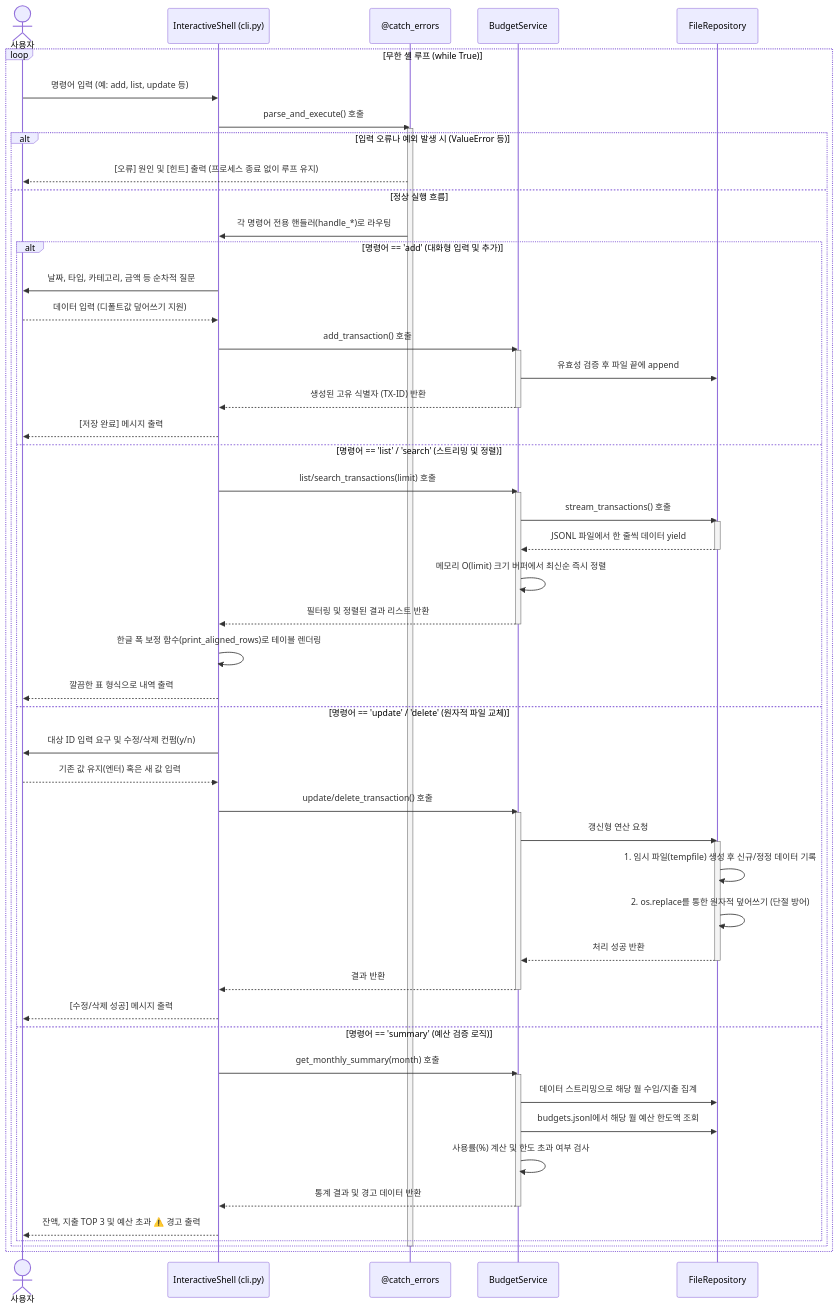
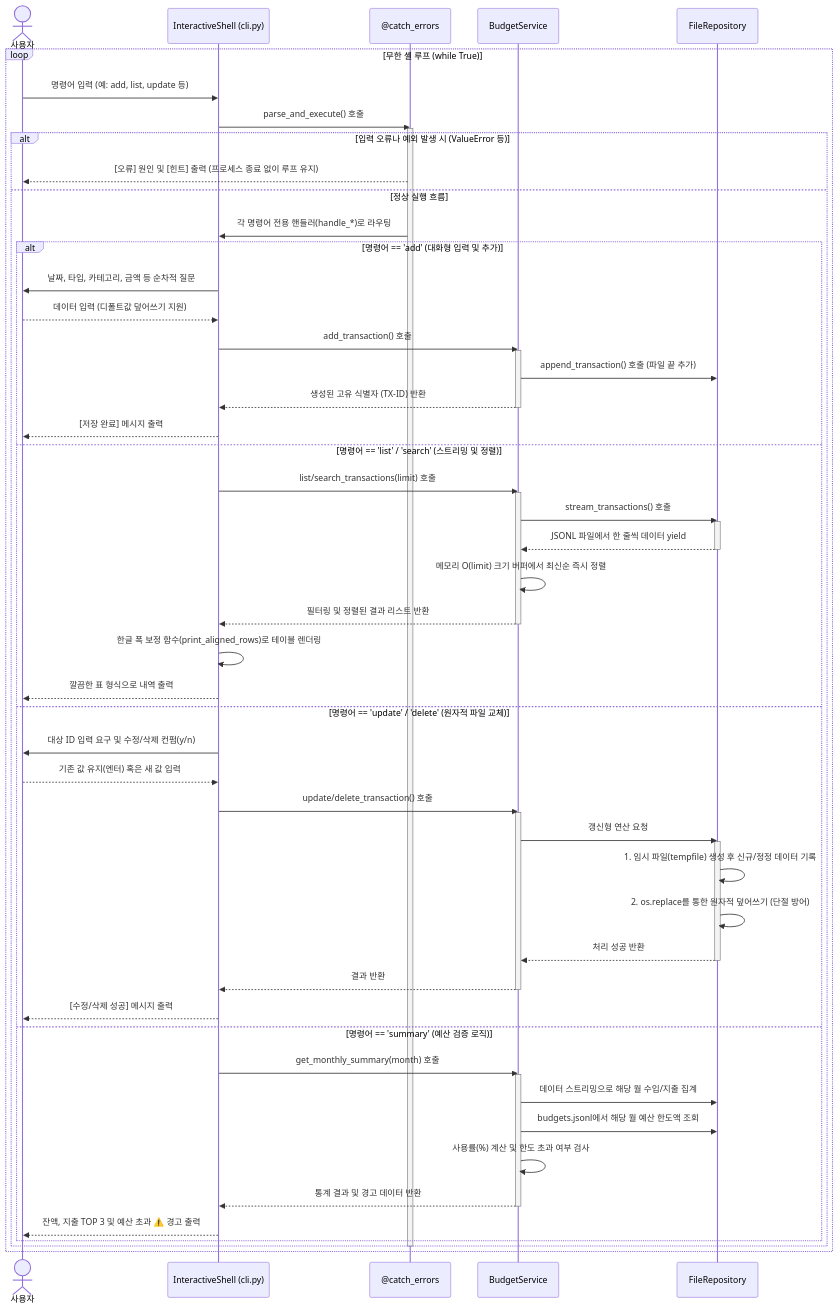
One commit to ntt65/codyssey changed the fifth of 5 diagrams in b2_1/README.md. Above: the diagram before and after it, drawn with Mermaid. The commit also changed other lines of this file, not shown here.

````diff
--- a/b2_1/README.md
+++ b/b2_1/README.md
@@ -515,71 +462,71 @@
 ```mermaid
 sequenceDiagram
     actor User as 사용자
     participant Shell as InteractiveShell (cli.py)
     participant Decorator as @catch_errors
     participant Service as BudgetService
     participant Repo as FileRepository
 
     loop 무한 셸 루프 (while True)
         User->>Shell: 명령어 입력 (예: add, list, update 등)
         Shell->>Decorator: parse_and_execute() 호출
         
         activate Decorator
         alt 입력 오류나 예외 발생 시 (ValueError 등)
             Decorator-->>User: [오류] 원인 및 [힌트] 출력 (프로세스 종료 없이 루프 유지)
         else 정상 실행 흐름
             Decorator->>Shell: 각 명령어 전용 핸들러(handle_*)로 라우팅
             
             alt 명령어 == 'add' (대화형 입력 및 추가)
                 Shell->>User: 날짜, 타입, 카테고리, 금액 등 순차적 질문
                 User-->>Shell: 데이터 입력 (디폴트값 덮어쓰기 지원)
                 Shell->>Service: add_transaction() 호출
                 activate Service
-                Service->>Repo: 유효성 검증 후 파일 끝에 append
+                Service->>Repo: append_transaction() 호출 (파일 끝 추가)
                 Service-->>Shell: 생성된 고유 식별자 (TX-ID) 반환
                 deactivate Service
                 Shell-->>User: [저장 완료] 메시지 출력
                 
             else 명령어 == 'list' / 'search' (스트리밍 및 정렬)
                 Shell->>Service: list/search_transactions(limit) 호출
                 activate Service
                 Service->>Repo: stream_transactions() 호출
                 activate Repo
                 Repo-->>Service: JSONL 파일에서 한 줄씩 데이터 yield
                 deactivate Repo
                 Service->>Service: 메모리 O(limit) 크기 버퍼에서 최신순 즉시 정렬
                 Service-->>Shell: 필터링 및 정렬된 결과 리스트 반환
                 deactivate Service
                 Shell->>Shell: 한글 폭 보정 함수(print_aligned_rows)로 테이블 렌더링
                 Shell-->>User: 깔끔한 표 형식으로 내역 출력
                 
             else 명령어 == 'update' / 'delete' (원자적 파일 교체)
                 Shell->>User: 대상 ID 입력 요구 및 수정/삭제 컨펌(y/n)
                 User-->>Shell: 기존 값 유지(엔터) 혹은 새 값 입력
                 Shell->>Service: update/delete_transaction() 호출
                 activate Service
                 Service->>Repo: 갱신형 연산 요청
                 activate Repo
                 Repo->>Repo: 1. 임시 파일(tempfile) 생성 후 신규/정정 데이터 기록
                 Repo->>Repo: 2. os.replace를 통한 원자적 덮어쓰기 (단절 방어)
                 Repo-->>Service: 처리 성공 반환
                 deactivate Repo
                 Service-->>Shell: 결과 반환
                 deactivate Service
                 Shell-->>User: [수정/삭제 성공] 메시지 출력
                 
             else 명령어 == 'summary' (예산 검증 로직)
                 Shell->>Service: get_monthly_summary(month) 호출
                 activate Service
                 Service->>Repo: 데이터 스트리밍으로 해당 월 수입/지출 집계
                 Service->>Repo: budgets.jsonl에서 해당 월 예산 한도액 조회
                 Service->>Service: 사용률(%) 계산 및 한도 초과 여부 검사
                 Service-->>Shell: 통계 결과 및 경고 데이터 반환
                 deactivate Service
                 Shell-->>User: 잔액, 지출 TOP 3 및 예산 초과 ⚠️ 경고 출력
             end
         end
         deactivate Decorator
     end
 
 ```
````
